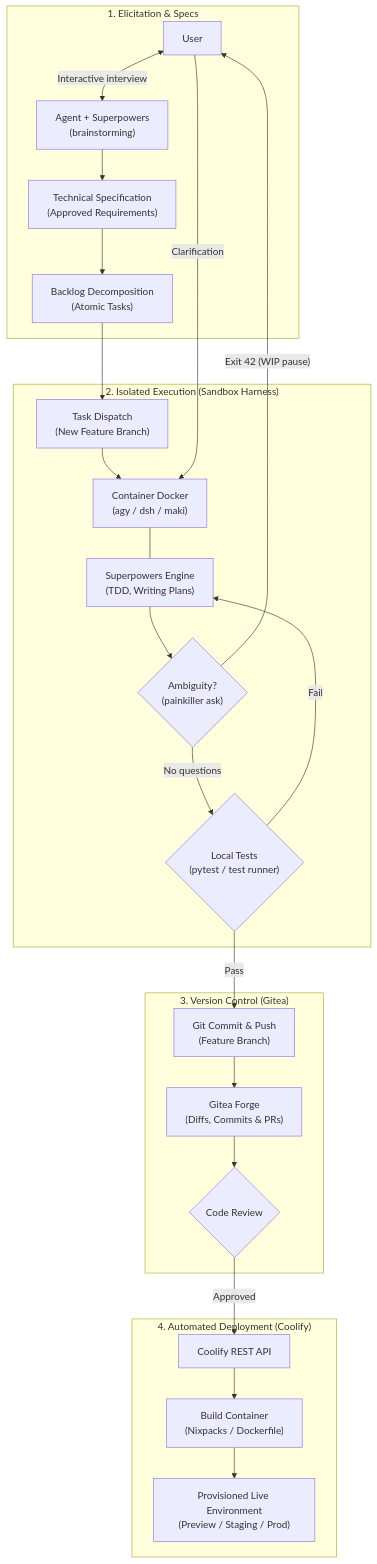
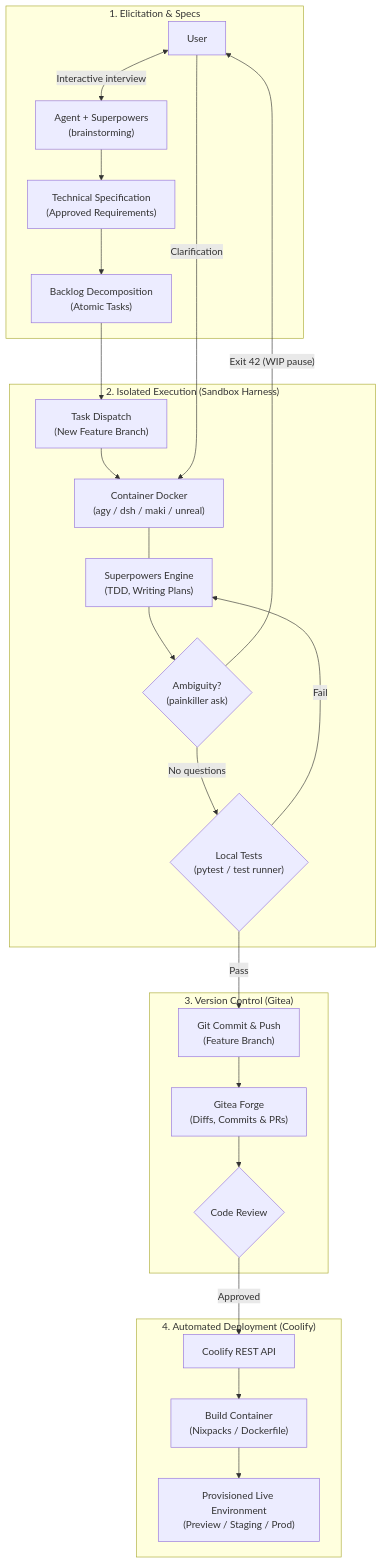
The diagram in README.md (ricardoborges/Painkiller), drawn with Mermaid before and after one commit. The commit also changed other lines of this file and 1 other file, not shown here.

Commit message:
docs: documentar novo harness unreal_superpowers no CLAUDE.md e README.md

````diff
--- a/README.md
+++ b/README.md
@@ -45,50 +45,50 @@
 ```mermaid
 flowchart TD
     subgraph S1["1. Elicitation & Specs"]
         Human["User"]
         Brainstorm["Agent + Superpowers<br/>(brainstorming)"]
         Spec["Technical Specification<br/>(Approved Requirements)"]
         Decomp["Backlog Decomposition<br/>(Atomic Tasks)"]
         
         Human <-->|"Interactive interview"| Brainstorm
         Brainstorm --> Spec
         Spec --> Decomp
     end
 
     subgraph S2["2. Isolated Execution (Sandbox Harness)"]
         Dispatch["Task Dispatch<br/>(New Feature Branch)"]
-        Harness["Container Docker<br/>(agy / dsh / maki)"]
+        Harness["Container Docker<br/>(agy / dsh / maki / unreal)"]
         Skills["Superpowers Engine<br/>(TDD, Writing Plans)"]
         Ask{"Ambiguity?<br/>(painkiller ask)"}
         Tests{"Local Tests<br/>(pytest / test runner)"}
         
         Decomp --> Dispatch
         Dispatch --> Harness
         Harness --- Skills
         Skills --> Ask
         Ask -- "Exit 42 (WIP pause)" --> Human
         Human -- "Clarification" --> Harness
         Ask -- "No questions" --> Tests
         Tests -- "Fail" --> Skills
     end
 
     subgraph S3["3. Version Control (Gitea)"]
         Commit["Git Commit & Push<br/>(Feature Branch)"]
         GiteaRepo["Gitea Forge<br/>(Diffs, Commits & PRs)"]
         Review{"Code Review"}
         
         Tests -- "Pass" --> Commit
         Commit --> GiteaRepo
         GiteaRepo --> Review
     end
 
     subgraph S4["4. Automated Deployment (Coolify)"]
         CoolifyAPI["Coolify REST API"]
         BuildPack["Build Container<br/>(Nixpacks / Dockerfile)"]
         LiveEnv["Provisioned Live Environment<br/>(Preview / Staging / Prod)"]
         
         Review -- "Approved" --> CoolifyAPI
         CoolifyAPI --> BuildPack
         BuildPack --> LiveEnv
     end
 ```
````
